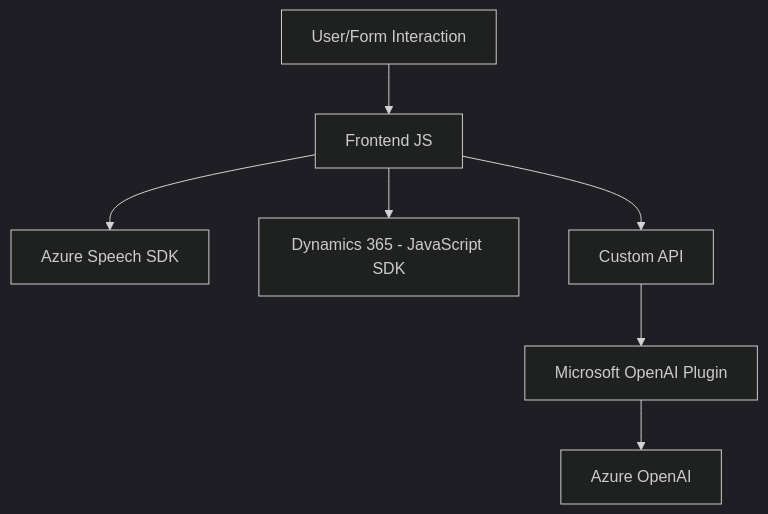
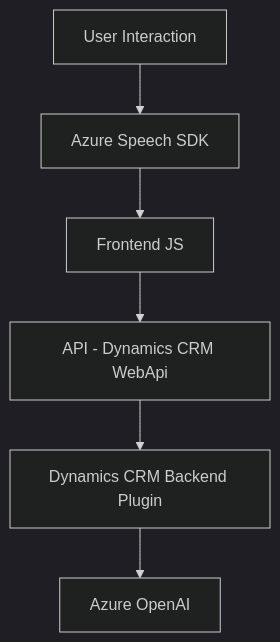
Before and after one commit to blopezdm/NETCORE_BILBAO2025: the diagram in README.md, drawn with Mermaid (dark theme). The commit also changed other lines of this file, not shown here.

````diff
--- a/README.md
+++ b/README.md
@@ -34,17 +48,8 @@
 ```mermaid
 graph TD
-    A["Frontend JS"]
-    B["Azure Speech SDK"]
-    C["Dynamics 365 - JavaScript SDK"]
-    D["Microsoft OpenAI Plugin"]
-    E["Azure OpenAI"]
-    F["Custom API"]
-    G["User/Form Interaction"]
-
-    G --> A
-    A --> B
-    A --> C
-    A --> F
-    F --> D
-    D --> E
+    A["User Interaction"] --> B["Azure Speech SDK"]
+    B --> C["Frontend JS"]
+    C --> D["API - Dynamics CRM WebApi"]
+    D --> E["Dynamics CRM Backend Plugin"]
+    E --> F["Azure OpenAI"]
 ```
````
